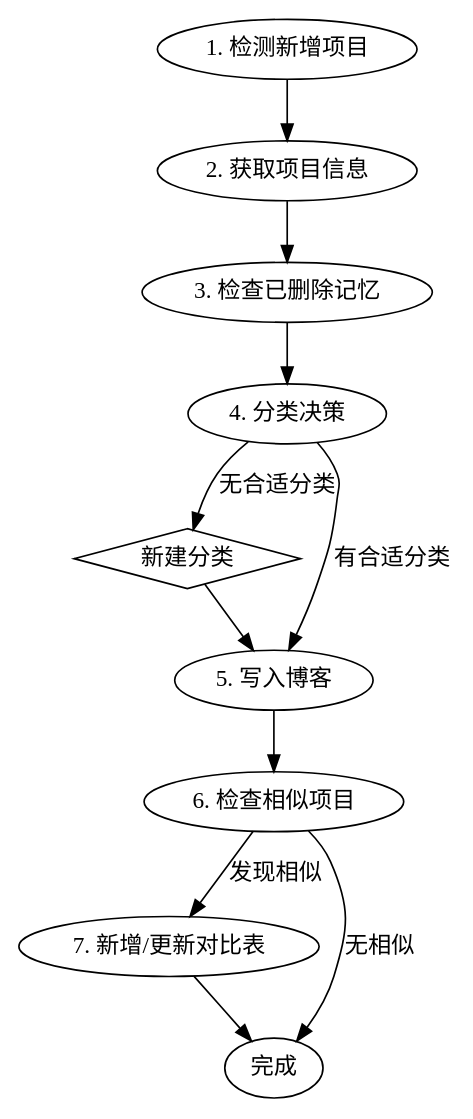
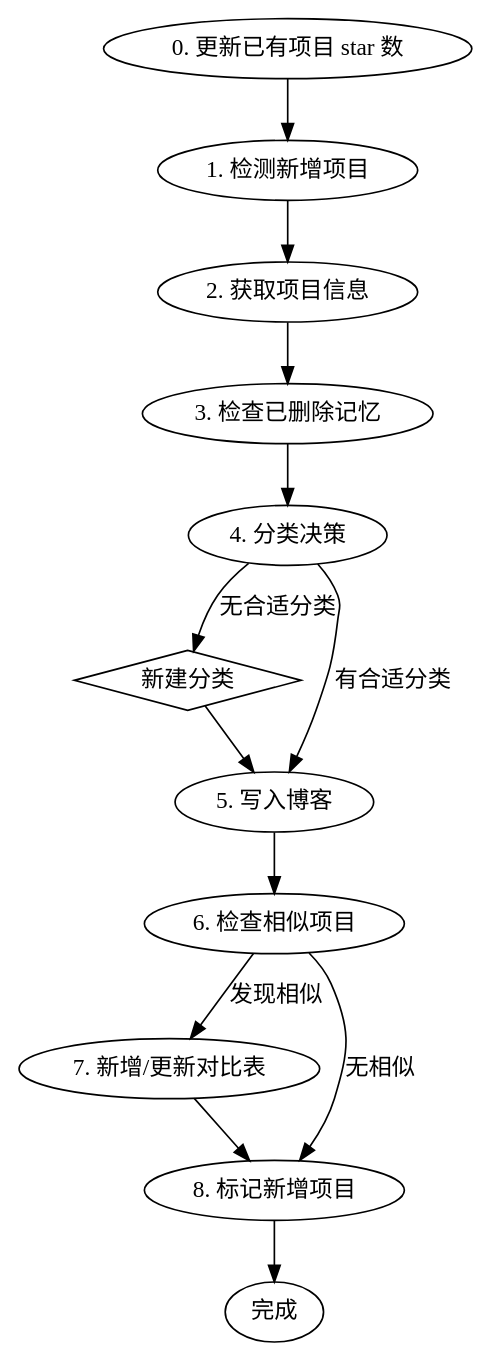
One commit to SpeechlessPanda/blog-s-code changed the diagram in .claude/skills/sync-starred-projects/SKILL.md. Above: the diagram before and after it, drawn with Graphviz. The commit also changed other lines of this file and 1 other file, not shown here.

First line of the commit message:
chore: 同步 GitHub star 数并更新表格风格

````diff
--- a/.claude/skills/sync-starred-projects/SKILL.md
+++ b/.claude/skills/sync-starred-projects/SKILL.md
@@ -12,23 +12,26 @@
 ```dot
 digraph sync {
   rankdir=TB;
+  update [label="0. 更新已有项目 star 数"];
   detect [label="1. 检测新增项目"];
   info [label="2. 获取项目信息"];
   check [label="3. 检查已删除记忆"];
   categorize [label="4. 分类决策"];
   newcat [label="新建分类", shape=diamond];
   write [label="5. 写入博客"];
   similar [label="6. 检查相似项目"];
   compare [label="7. 新增/更新对比表"];
+  mark [label="8. 标记新增项目"];
   done [label="完成"];
 
-  detect -> info -> check -> categorize;
+  update -> detect -> info -> check -> categorize;
   categorize -> newcat [label="无合适分类"];
   categorize -> write [label="有合适分类"];
   newcat -> write;
   write -> similar;
   similar -> compare [label="发现相似"];
-  similar -> done [label="无相似"];
-  compare -> done;
+  similar -> mark [label="无相似"];
+  compare -> mark;
+  mark -> done;
 }
 ```
````
